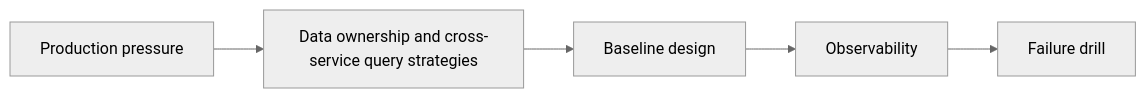
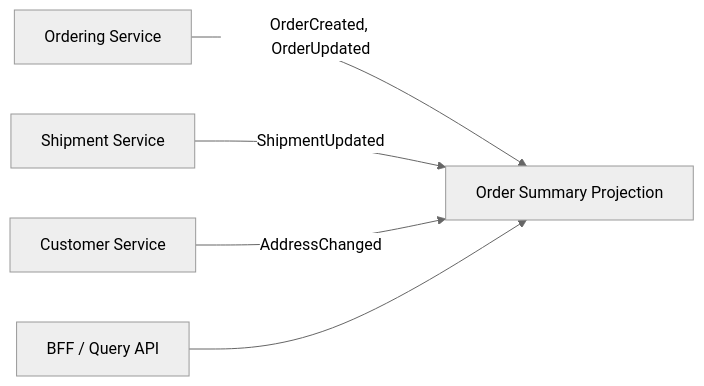
The diagram in _posts/2026-08-04-microservices-data-ownership-query-models-part-1.md (sandeepbhardwaj/sandeepbhardwaj.github.io), drawn with Mermaid (neutral theme) before and after one commit. The commit also changed other lines of this file and 113 other files, not shown here.

````diff
--- a/_posts/2026-08-04-microservices-data-ownership-query-models-part-1.md
+++ b/_posts/2026-08-04-microservices-data-ownership-query-models-part-1.md
@@ -57,7 +127,7 @@
 ```mermaid
 flowchart LR
-    A[Production pressure] --> B[Data ownership and cross-service query strategies]
-    B --> C[Baseline design]
-    C --> D[Observability]
-    D --> E[Failure drill]
+    O[Ordering Service] -->|OrderCreated, OrderUpdated| Q[Order Summary Projection]
+    S[Shipment Service] -->|ShipmentUpdated| Q
+    C[Customer Service] -->|AddressChanged| Q
+    B[BFF / Query API] --> Q
 ```
````
